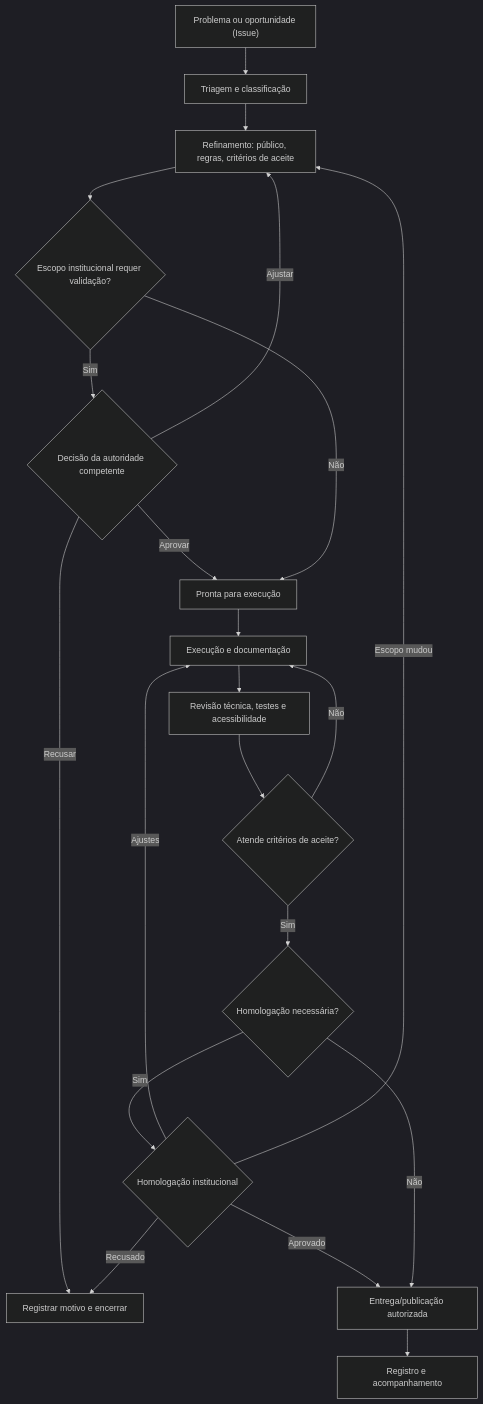
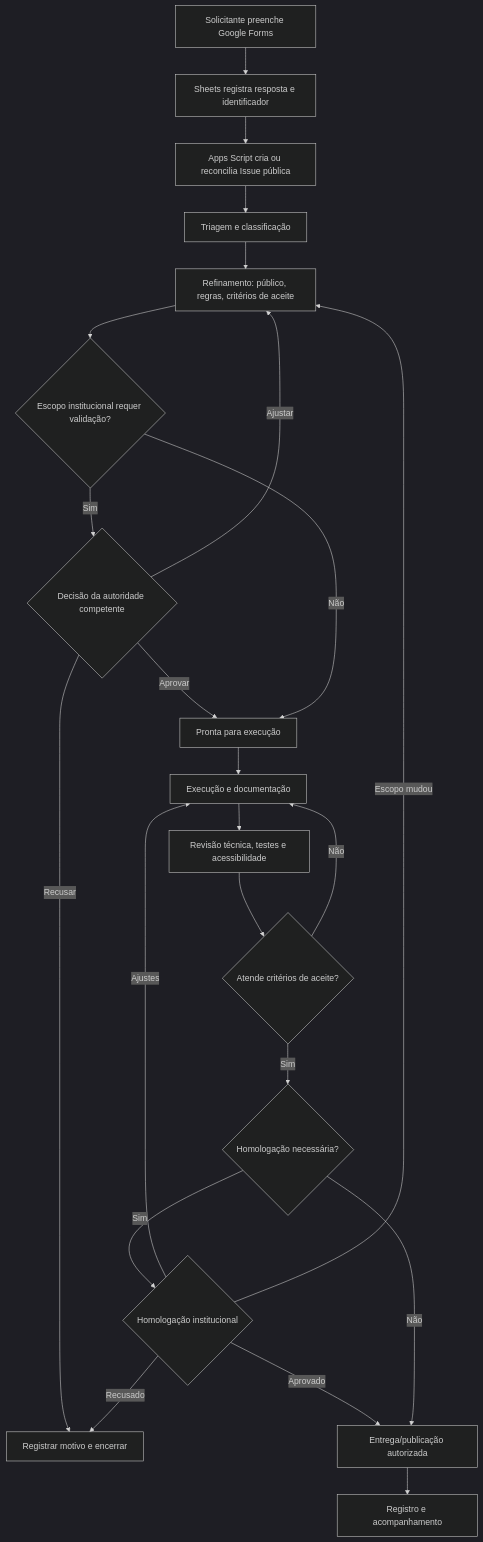
One commit to maiandreh/ppgmcs-governance changed the diagram in docs/fluxos/demandas.md. Above: the diagram before and after it, drawn with Mermaid (dark theme). The commit also changed other lines of this file, not shown here.

Commit message:
docs: adota formulario como entrada de demandas em docs/fluxos/demandas.md

````diff
--- a/docs/fluxos/demandas.md
+++ b/docs/fluxos/demandas.md
@@ -5,23 +5,25 @@
 ```mermaid
 flowchart TD
-    A["Problema ou oportunidade (Issue)"] --> B["Triagem e classificação"]
+    A["Solicitante preenche Google Forms"] --> S["Sheets registra resposta e identificador"]
+    S --> T["Apps Script cria ou reconcilia Issue pública"]
+    T --> B["Triagem e classificação"]
     B --> C["Refinamento: público, regras, critérios de aceite"]
     C --> D{"Escopo institucional requer validação?"}
     D -- "Sim" --> E{"Decisão da autoridade competente"}
     E -- "Ajustar" --> C
     E -- "Recusar" --> R["Registrar motivo e encerrar"]
     E -- "Aprovar" --> F["Pronta para execução"]
     D -- "Não" --> F
     F --> G["Execução e documentação"]
     G --> H["Revisão técnica, testes e acessibilidade"]
     H --> I{"Atende critérios de aceite?"}
     I -- "Não" --> G
     I -- "Sim" --> J{"Homologação necessária?"}
     J -- "Sim" --> K{"Homologação institucional"}
     K -- "Ajustes" --> G
     K -- "Escopo mudou" --> C
     K -- "Recusado" --> R
     K -- "Aprovado" --> L["Entrega/publicação autorizada"]
     J -- "Não" --> L
     L --> M["Registro e acompanhamento"]
 ```
````
